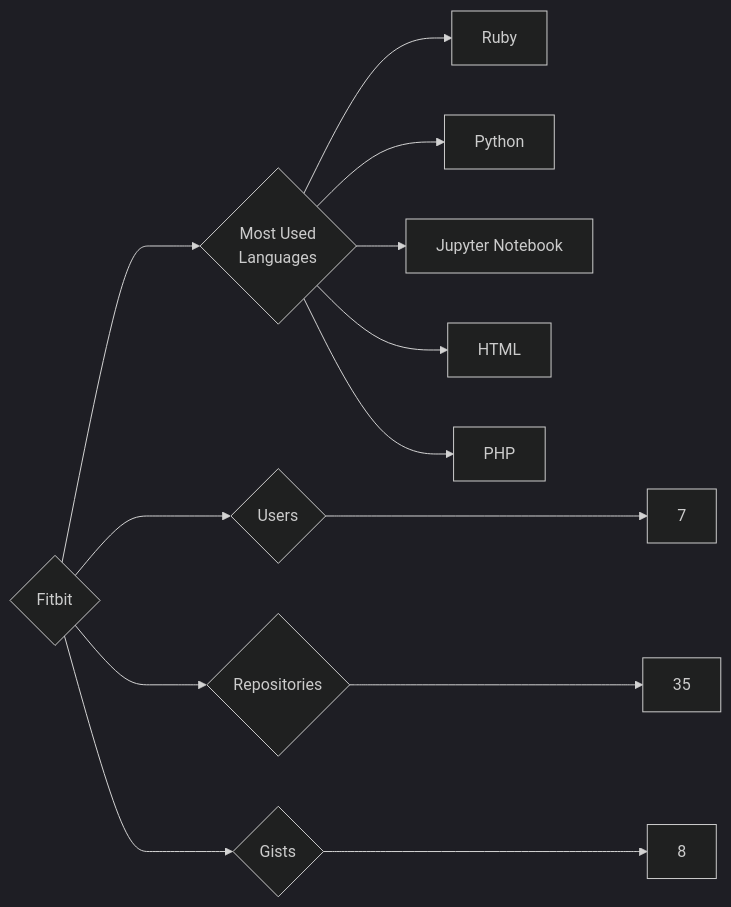
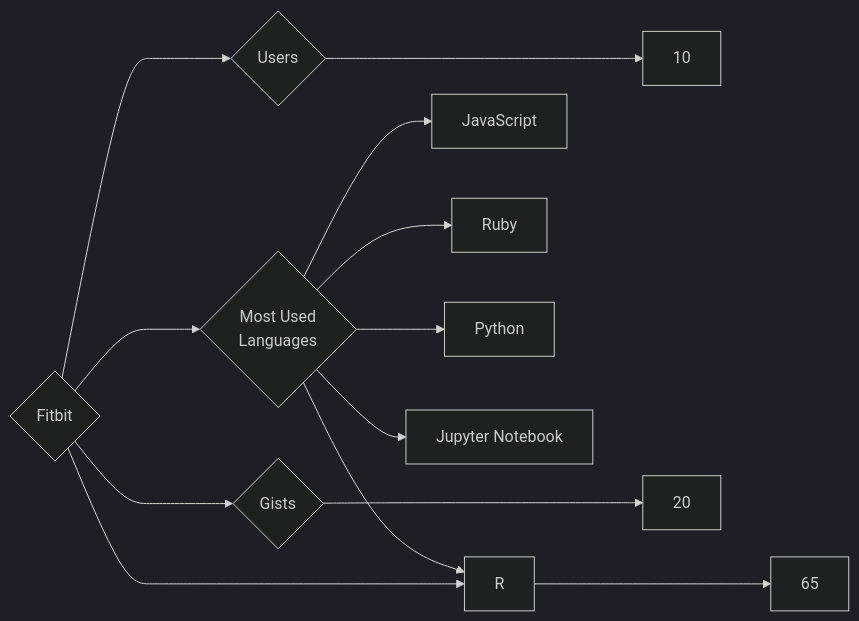
One commit to trickest/insiders changed the diagram in targets/Fitbit/README.md. Above: the diagram before and after it, drawn with Mermaid (dark theme). The commit also changed 997 other files, not shown here.

````diff
--- a/targets/Fitbit/README.md
+++ b/targets/Fitbit/README.md
@@ -3,13 +3,13 @@
 ```mermaid
 graph LR
 COMPANY_NAME{Fitbit}
-COMPANY_NAME ---> U{Users} ---> UN[7]
-COMPANY_NAME ---> R{Repositories} ---> RN[35]
-COMPANY_NAME ---> G{Gists} ---> GN[8]
+COMPANY_NAME ---> U{Users} ---> UN[10]
+COMPANY_NAME ---> R{Repositories} ---> RN[65]
+COMPANY_NAME ---> G{Gists} ---> GN[20]
 COMPANY_NAME ---> ML{Most Used<br>Languages}
+ML --> JavaScript[JavaScript]
 ML --> Ruby[Ruby]
 ML --> Python[Python]
 ML --> Jupyter_Notebook[Jupyter Notebook]
-ML --> HTML[HTML]
-ML --> PHP[PHP]
+ML --> R[R]
 ```
````
